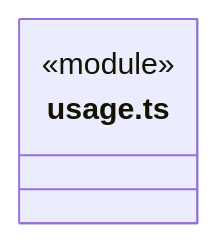
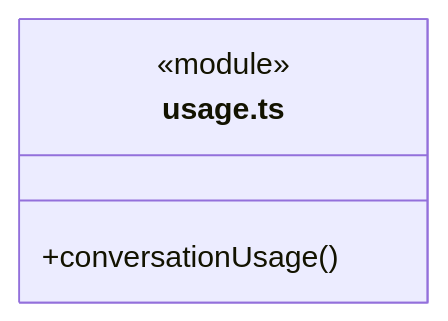
Before and after one commit to nan023062/cbim: diagram 26 of 38 in src/frontend/conversation/ARCHITECTURE.md, drawn with Mermaid. The commit also changed other lines of this file and 65 other files, not shown here.

````diff
--- a/src/frontend/conversation/ARCHITECTURE.md
+++ b/src/frontend/conversation/ARCHITECTURE.md
@@ -336,6 +350,7 @@
 ```mermaid
 classDiagram
 class N_src_frontend_conversation_usage_ts["usage.ts"] {
   <<module>>
+  +conversationUsage()
 }
 ```
````
